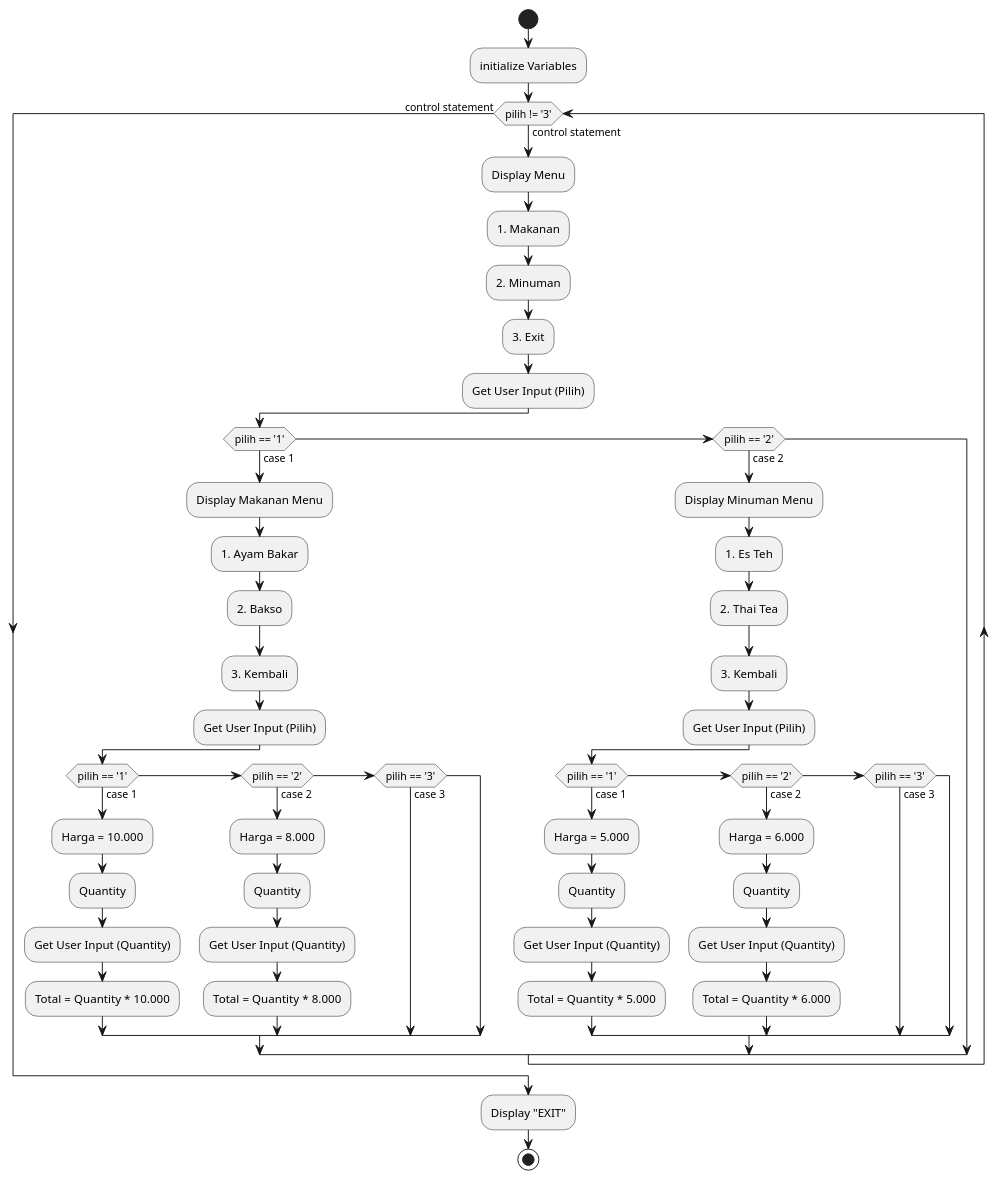
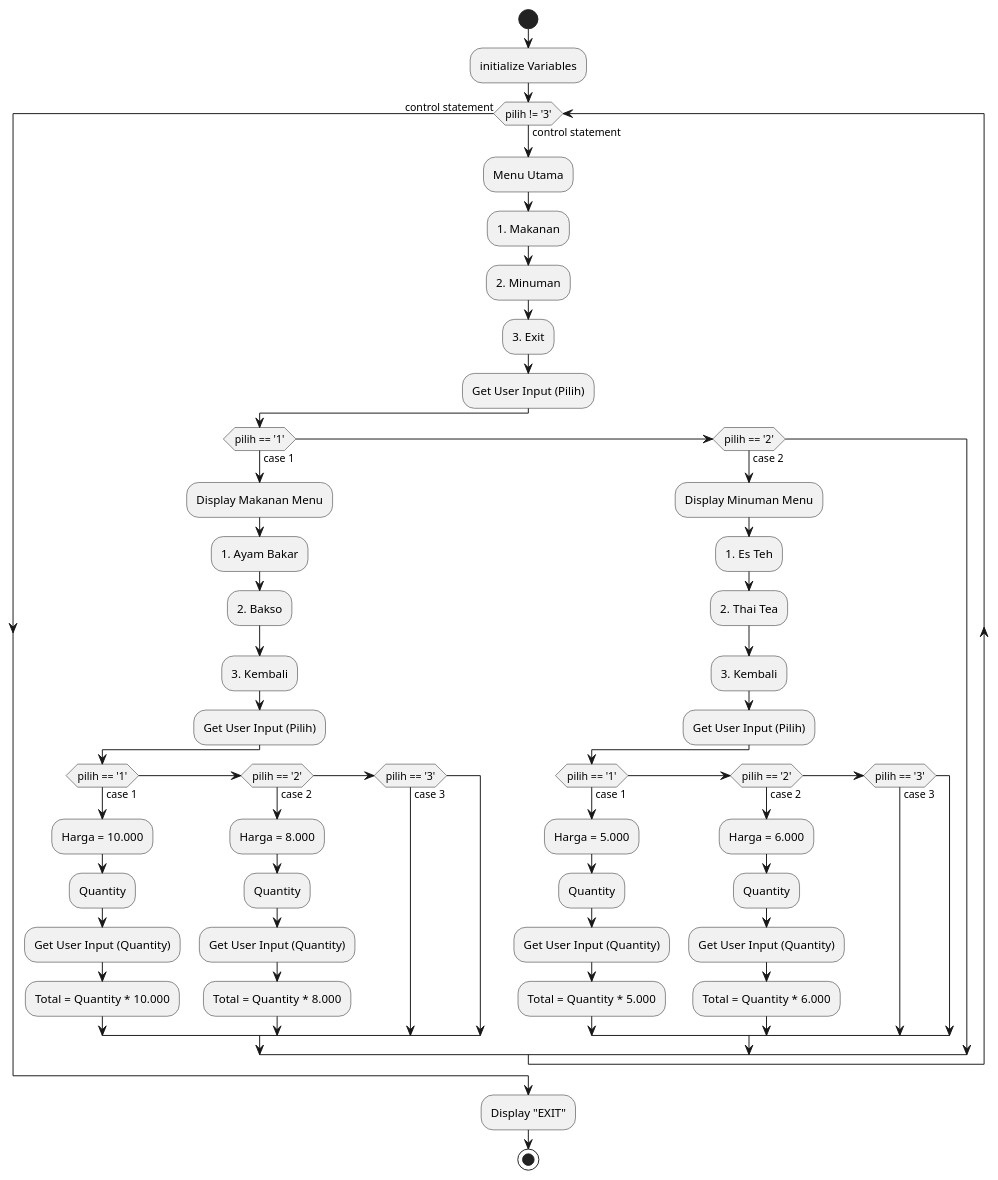
One commit to mrkataktampan/bhs_pemrograman changed the diagram in pert7/Warteg.puml. Above: the diagram before and after it, drawn with PlantUML. The commit also changed 7 other files, not shown here.

```diff
--- a/pert7/Warteg.puml
+++ b/pert7/Warteg.puml
@@ -1,50 +1,50 @@
 @startuml warteg
 start
 :initialize Variables;
 while (pilih != '3') is (control statement)
-    :Display Menu;
+    :Menu Utama;
     :1. Makanan;
     :2. Minuman;
     :3. Exit;
     :Get User Input (Pilih);
     if (pilih == '1') then (case 1)
         :Display Makanan Menu;
         :1. Ayam Bakar;
         :2. Bakso;
         :3. Kembali;
         :Get User Input (Pilih);
         if (pilih == '1') then (case 1)
             :Harga = 10.000;
             :Quantity;
             :Get User Input (Quantity);
             :Total = Quantity * 10.000;
         else if (pilih == '2') then (case 2)
             :Harga = 8.000;
             :Quantity;
             :Get User Input (Quantity);
             :Total = Quantity * 8.000;
         else if (pilih == '3') then (case 3)
         endif
     else if (pilih == '2') then (case 2)
         :Display Minuman Menu;
         :1. Es Teh;
         :2. Thai Tea;
         :3. Kembali;
         :Get User Input (Pilih);
         if (pilih == '1') then (case 1)
             :Harga = 5.000;
             :Quantity;
             :Get User Input (Quantity);
             :Total = Quantity * 5.000;
         else if (pilih == '2') then (case 2)
             :Harga = 6.000;
             :Quantity;
             :Get User Input (Quantity);
             :Total = Quantity * 6.000;
         else if (pilih == '3') then (case 3)
         endif
     endif
 endwhile (control statement)
 :Display "EXIT";
 stop
 @enduml
```
